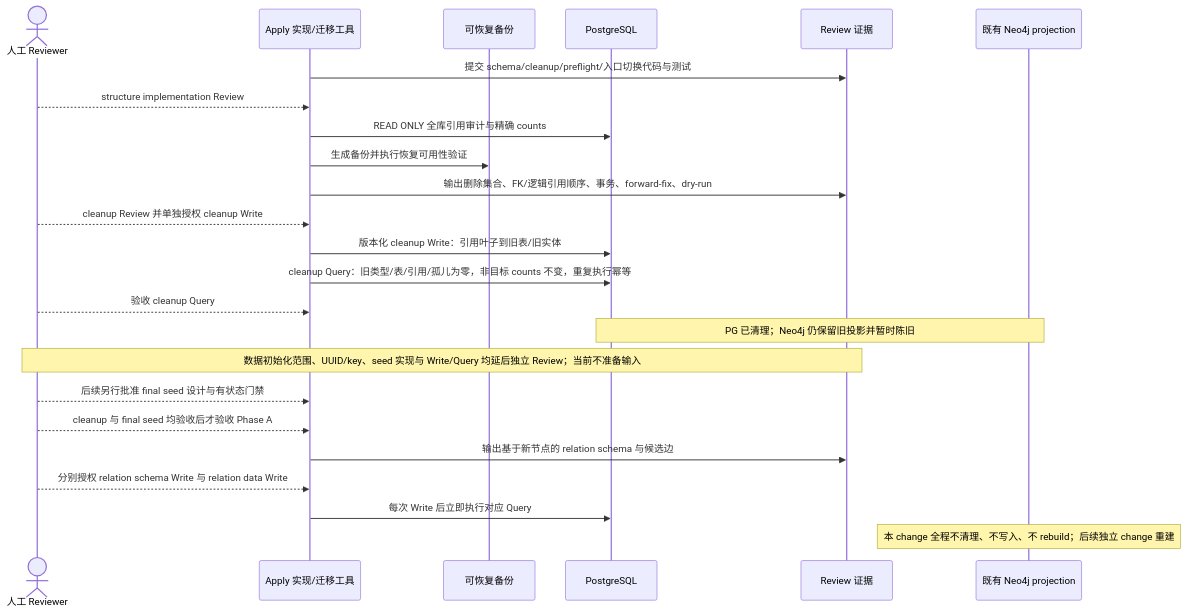
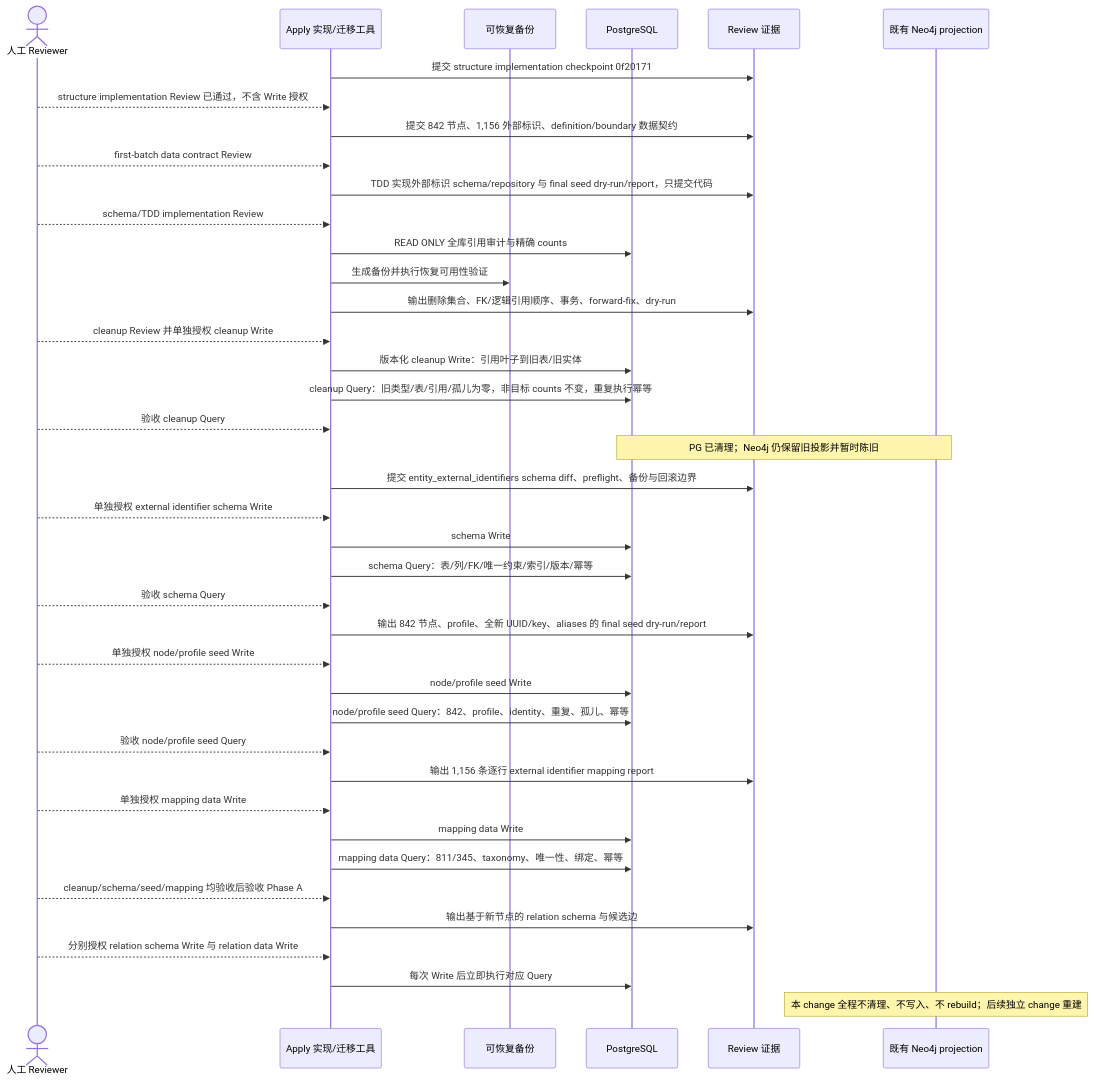
One commit to meierlink88/tidewise-ai changed the second of 2 diagrams in openspec/changes/refactor-industry-chain-node-foundation/design.md. Above: the diagram before and after it, drawn with Mermaid. The commit also changed other lines of this file and 6 other files, not shown here.

Commit message:
spec: review first-batch chain node data contract

````diff
--- a/openspec/changes/refactor-industry-chain-node-foundation/design.md
+++ b/openspec/changes/refactor-industry-chain-node-foundation/design.md
@@ -169,27 +199,43 @@
 ```mermaid
 sequenceDiagram
     actor Reviewer as 人工 Reviewer
     participant Apply as Apply 实现/迁移工具
     participant Backup as 可恢复备份
     participant PG as PostgreSQL
     participant Evidence as Review 证据
     participant Neo4j as 既有 Neo4j projection
 
-    Apply->>Evidence: 提交 schema/cleanup/preflight/入口切换代码与测试
-    Reviewer-->>Apply: structure implementation Review
+    Apply->>Evidence: 提交 structure implementation checkpoint 0f20171
+    Reviewer-->>Apply: structure implementation Review 已通过，不含 Write 授权
+    Apply->>Evidence: 提交 842 节点、1,156 外部标识、definition/boundary 数据契约
+    Reviewer-->>Apply: first-batch data contract Review
+    Apply->>Evidence: TDD 实现外部标识 schema/repository 与 final seed dry-run/report，只提交代码
+    Reviewer-->>Apply: schema/TDD implementation Review
     Apply->>PG: READ ONLY 全库引用审计与精确 counts
     Apply->>Backup: 生成备份并执行恢复可用性验证
     Apply->>Evidence: 输出删除集合、FK/逻辑引用顺序、事务、forward-fix、dry-run
     Reviewer-->>Apply: cleanup Review 并单独授权 cleanup Write
     Apply->>PG: 版本化 cleanup Write：引用叶子到旧表/旧实体
     Apply->>PG: cleanup Query：旧类型/表/引用/孤儿为零，非目标 counts 不变，重复执行幂等
     Reviewer-->>Apply: 验收 cleanup Query
     Note over PG,Neo4j: PG 已清理；Neo4j 仍保留旧投影并暂时陈旧
-    Note over Reviewer,Evidence: 数据初始化范围、UUID/key、seed 实现与 Write/Query 均延后独立 Review；当前不准备输入
-    Reviewer-->>Apply: 后续另行批准 final seed 设计与有状态门禁
-    Reviewer-->>Apply: cleanup 与 final seed 均验收后才验收 Phase A
+    Apply->>Evidence: 提交 entity_external_identifiers schema diff、preflight、备份与回滚边界
+    Reviewer-->>Apply: 单独授权 external identifier schema Write
+    Apply->>PG: schema Write
+    Apply->>PG: schema Query：表/列/FK/唯一约束/索引/版本/幂等
+    Reviewer-->>Apply: 验收 schema Query
+    Apply->>Evidence: 输出 842 节点、profile、全新 UUID/key、aliases 的 final seed dry-run/report
+    Reviewer-->>Apply: 单独授权 node/profile seed Write
+    Apply->>PG: node/profile seed Write
+    Apply->>PG: node/profile seed Query：842、profile、identity、重复、孤儿、幂等
+    Reviewer-->>Apply: 验收 node/profile seed Query
+    Apply->>Evidence: 输出 1,156 条逐行 external identifier mapping report
+    Reviewer-->>Apply: 单独授权 mapping data Write
+    Apply->>PG: mapping data Write
+    Apply->>PG: mapping data Query：811/345、taxonomy、唯一性、绑定、幂等
+    Reviewer-->>Apply: cleanup/schema/seed/mapping 均验收后验收 Phase A
     Apply->>Evidence: 输出基于新节点的 relation schema 与候选边
     Reviewer-->>Apply: 分别授权 relation schema Write 与 relation data Write
     Apply->>PG: 每次 Write 后立即执行对应 Query
     Note over Neo4j: 本 change 全程不清理、不写入、不 rebuild；后续独立 change 重建
 ```
````
